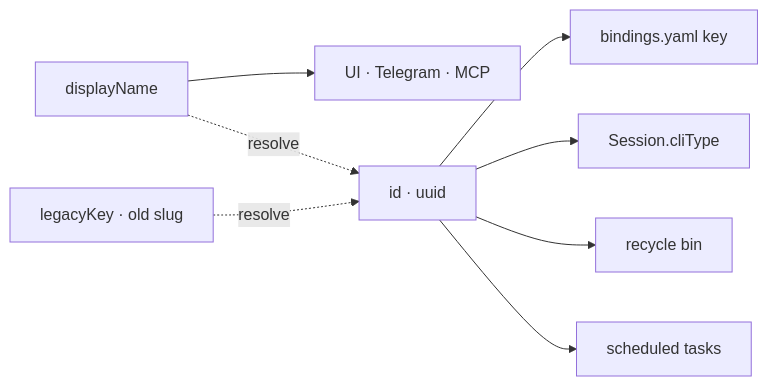
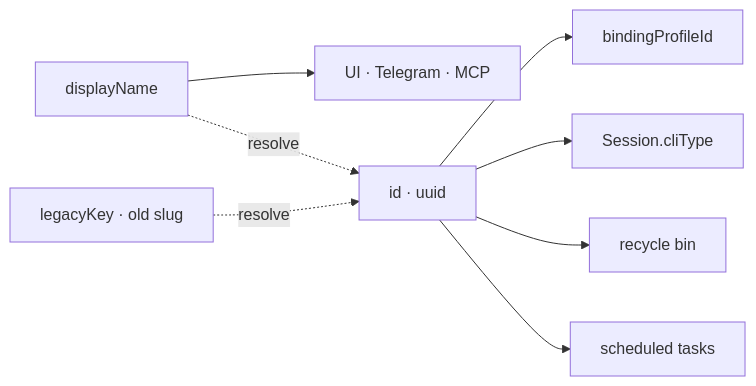
The first of 2 diagrams in docs/config-system.md (PetePeter/helm), drawn with Mermaid before and after one commit. The commit also changed other lines of this file and 35 other files, not shown here.

First line of the commit message:
feat(bindings): shared gamepad binding profiles instead of per-CLI maps

````diff
--- a/docs/config-system.md
+++ b/docs/config-system.md
@@ -34,10 +34,10 @@
 ```mermaid
 graph LR
-    ID[id · uuid] --> B[bindings.yaml key]
+    ID[id · uuid] --> BP[bindingProfileId]
     ID --> S[Session.cliType]
     ID --> RB[recycle bin]
     ID --> ST[scheduled tasks]
     DN[displayName] --> UI[UI · Telegram · MCP]
     DN -.resolve.-> ID
     LK[legacyKey · old slug] -.resolve.-> ID
 ```
````
